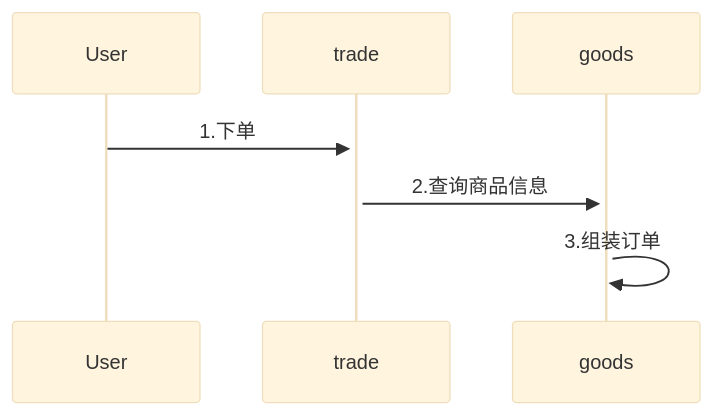
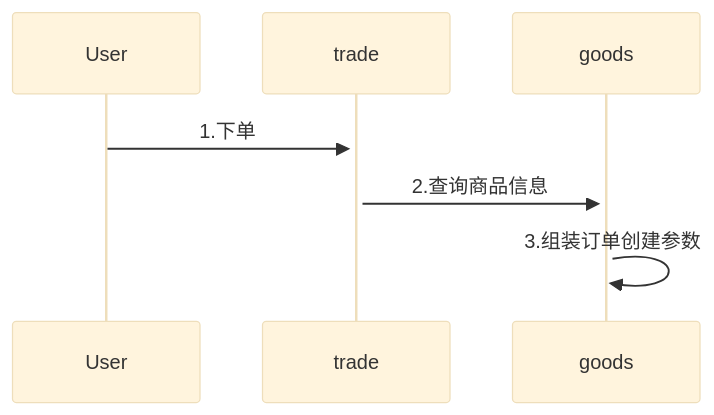
One commit to yingjianzh/iodraw-files changed the diagram in all/未命名-6.md. Above: the diagram before and after it, drawn with Mermaid (base theme).

Commit message:
2024-08-19 15:01:44 update

````diff
--- a/all/未命名-6.md
+++ b/all/未命名-6.md
@@ -1,6 +1,7 @@
 ```mermaid
 sequenceDiagram
     User->>+trade: 1.下单
     trade->>+goods: 2.查询商品信息
-    goods->>goods: 3.组装订单
+    goods->>goods: 3.组装订单创建参数
+    
 ```
````
